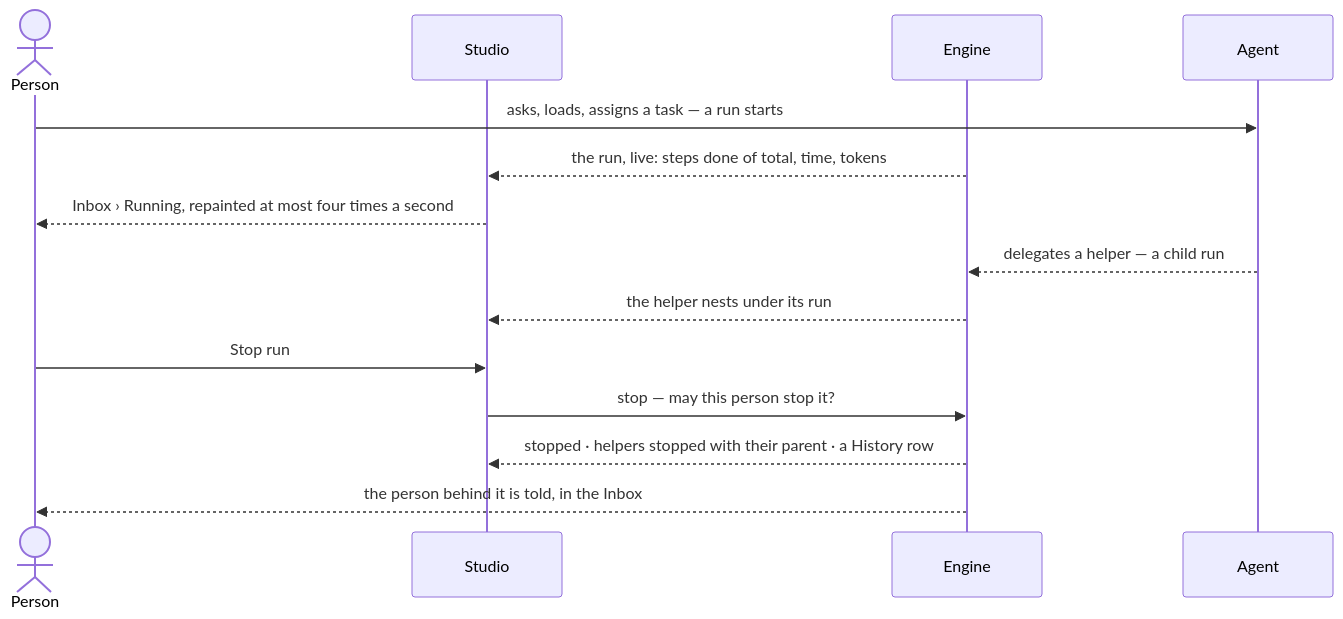
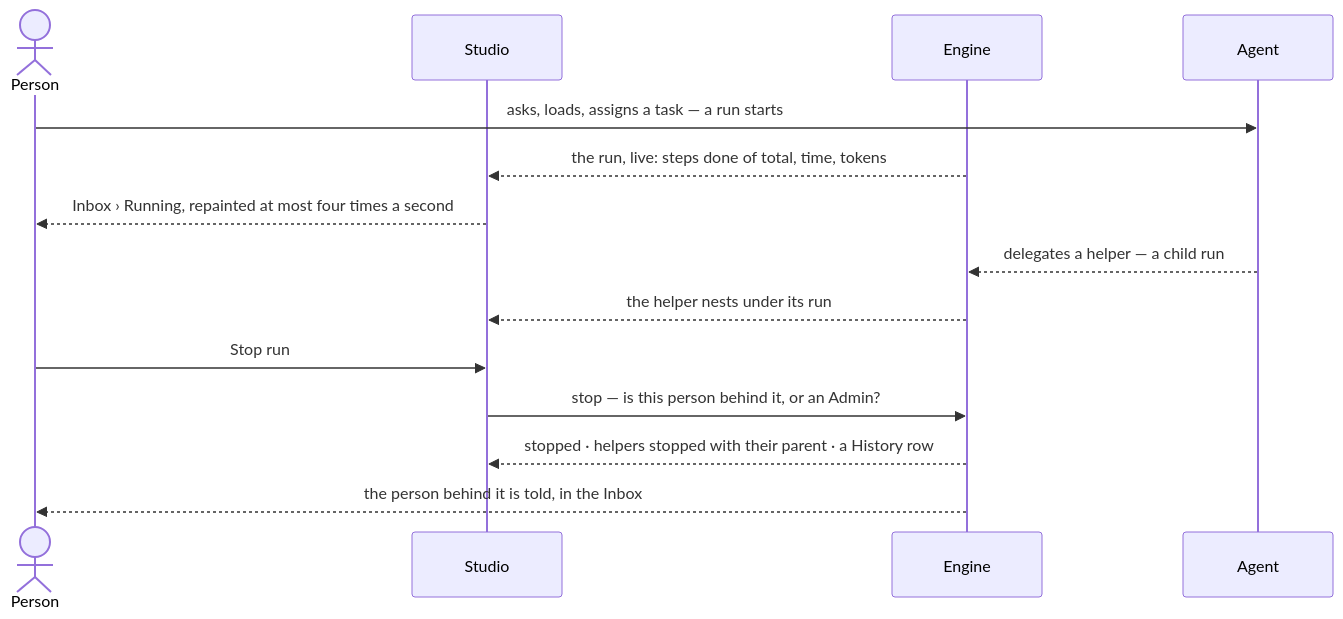
The third of 4 diagrams in specs/os/control/features/CP-F10-runs-and-how-the-agents-are-doing/feature.md (invana/invana), drawn with Mermaid before and after one commit. The commit also changed other lines of this file and 300 other files, not shown here.

````diff
--- a/specs/os/control/features/CP-F10-runs-and-how-the-agents-are-doing/feature.md
+++ b/specs/os/control/features/CP-F10-runs-and-how-the-agents-are-doing/feature.md
@@ -76,16 +83,16 @@
 ```mermaid
 sequenceDiagram
   actor P as Person
   participant S as Studio
   participant E as Engine
   participant A as Agent
   P->>A: asks, loads, assigns a task — a run starts
   E-->>S: the run, live: steps done of total, time, tokens
   S-->>P: Inbox › Running, repainted at most four times a second
   A-->>E: delegates a helper — a child run
   E-->>S: the helper nests under its run
   P->>S: Stop run
-  S->>E: stop — may this person stop it?
+  S->>E: stop — is this person behind it, or an Admin?
   E-->>S: stopped · helpers stopped with their parent · a History row
   E-->>P: the person behind it is told, in the Inbox
 ```
````
